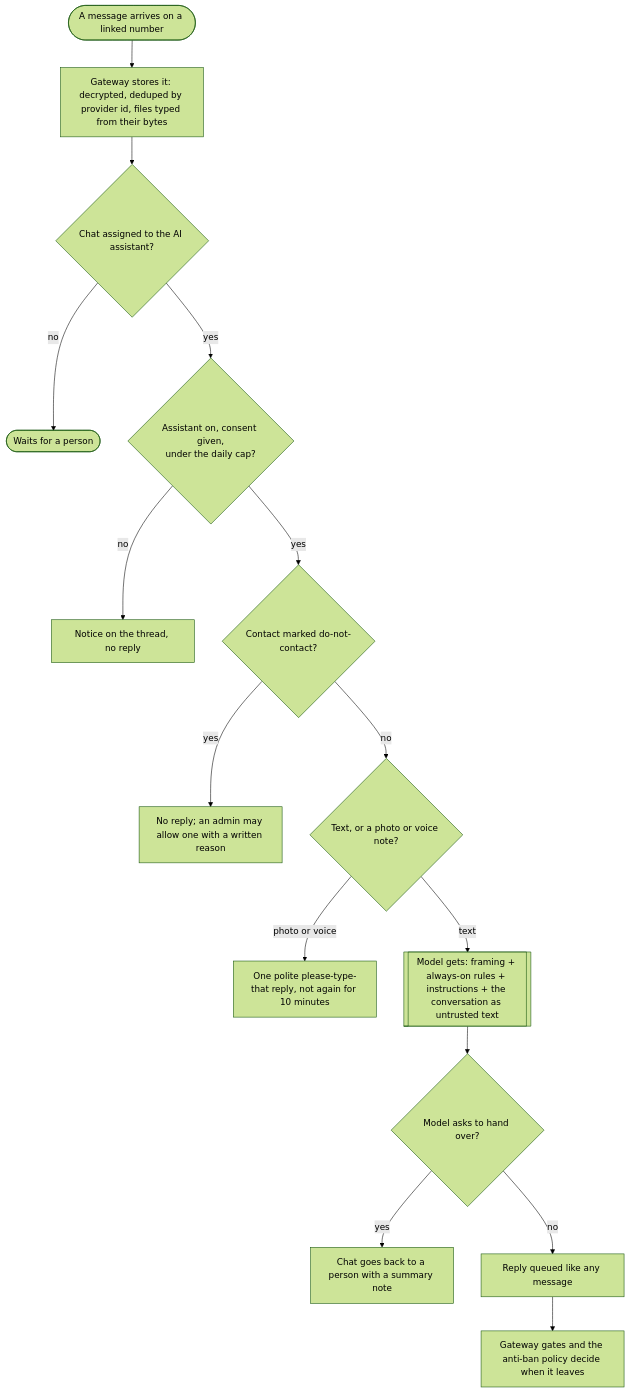
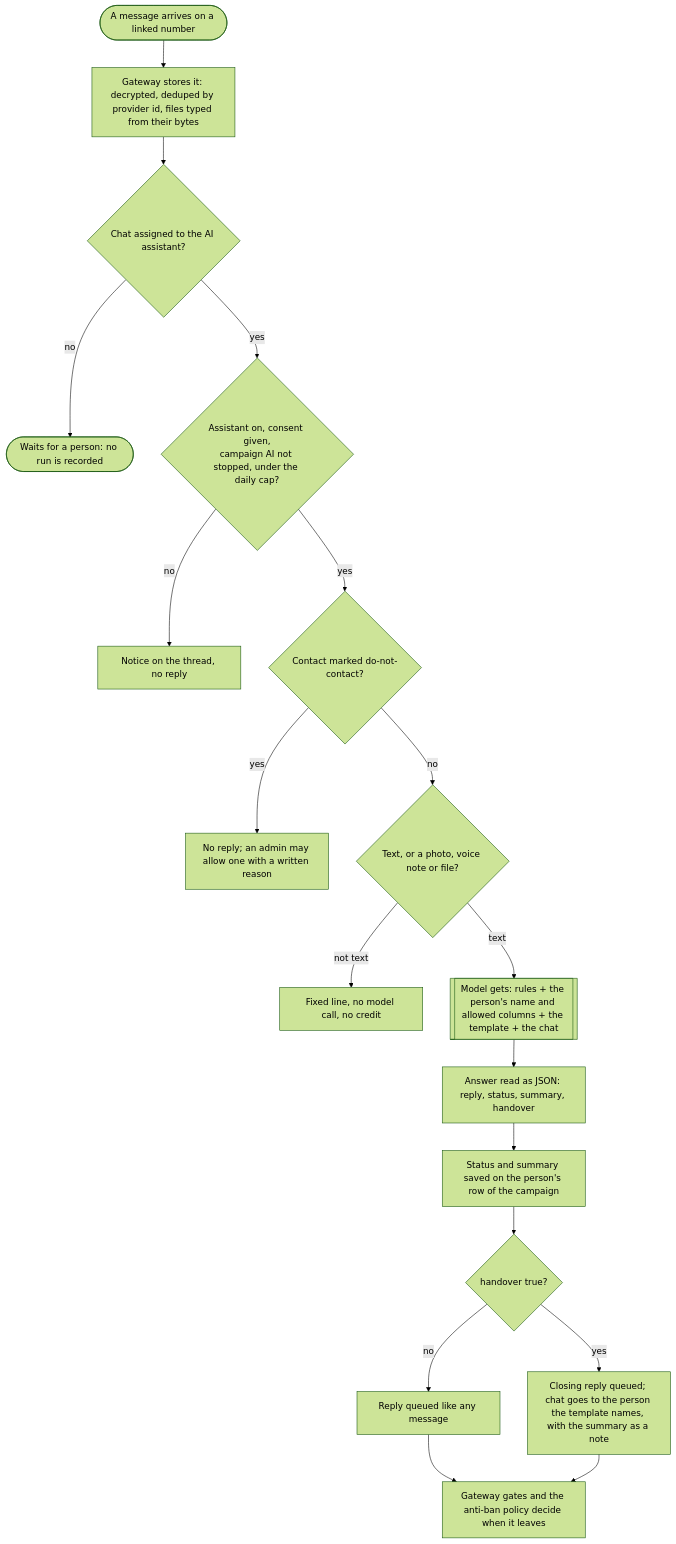
The fourth of 8 diagrams in docs/36-workflows.md (Kushalr3ddy/whatsapp-crm), drawn with Mermaid (forest theme) before and after one commit. The commit also changed other lines of this file and 55 other files, not shown here.

````diff
--- a/docs/36-workflows.md
+++ b/docs/36-workflows.md
@@ -94,17 +88,20 @@
 ```mermaid
 flowchart TD
   A([A message arrives on a linked number]) --> B[Gateway stores it: decrypted, deduped by provider id, files typed from their bytes]
   B --> C{Chat assigned to the AI assistant?}
-  C -- no --> D([Waits for a person])
-  C -- yes --> E{Assistant on, consent given,<br/>under the daily cap?}
+  C -- no --> D([Waits for a person: no run is recorded])
+  C -- yes --> E{Assistant on, consent given,<br/>campaign AI not stopped, under the daily cap?}
   E -- no --> F[Notice on the thread, no reply]
   E -- yes --> G{Contact marked do-not-contact?}
   G -- yes --> H[No reply; an admin may allow one with a written reason]
-  G -- no --> I{Text, or a photo or voice note?}
-  I -- photo or voice --> J[One polite please-type-that reply, not again for 10 minutes]
-  I -- text --> K[[Model gets: framing + always-on rules + instructions + the conversation as untrusted text]]
-  K --> L{Model asks to hand over?}
-  L -- yes --> M[Chat goes back to a person with a summary note]
-  L -- no --> N[Reply queued like any message]
-  N --> O[Gateway gates and the anti-ban policy decide when it leaves]
+  G -- no --> I{Text, or a photo, voice note or file?}
+  I -- not text --> J[Fixed line, no model call, no credit]
+  I -- text --> K[[Model gets: rules + the person's name and allowed columns + the template + the chat]]
+  K --> L[Answer read as JSON: reply, status, summary, handover]
+  L --> M[Status and summary saved on the person's row of the campaign]
+  M --> N{handover true?}
+  N -- no --> O[Reply queued like any message]
+  N -- yes --> P[Closing reply queued; chat goes to the person the template names, with the summary as a note]
+  O --> Q[Gateway gates and the anti-ban policy decide when it leaves]
+  P --> Q
 ```
````
